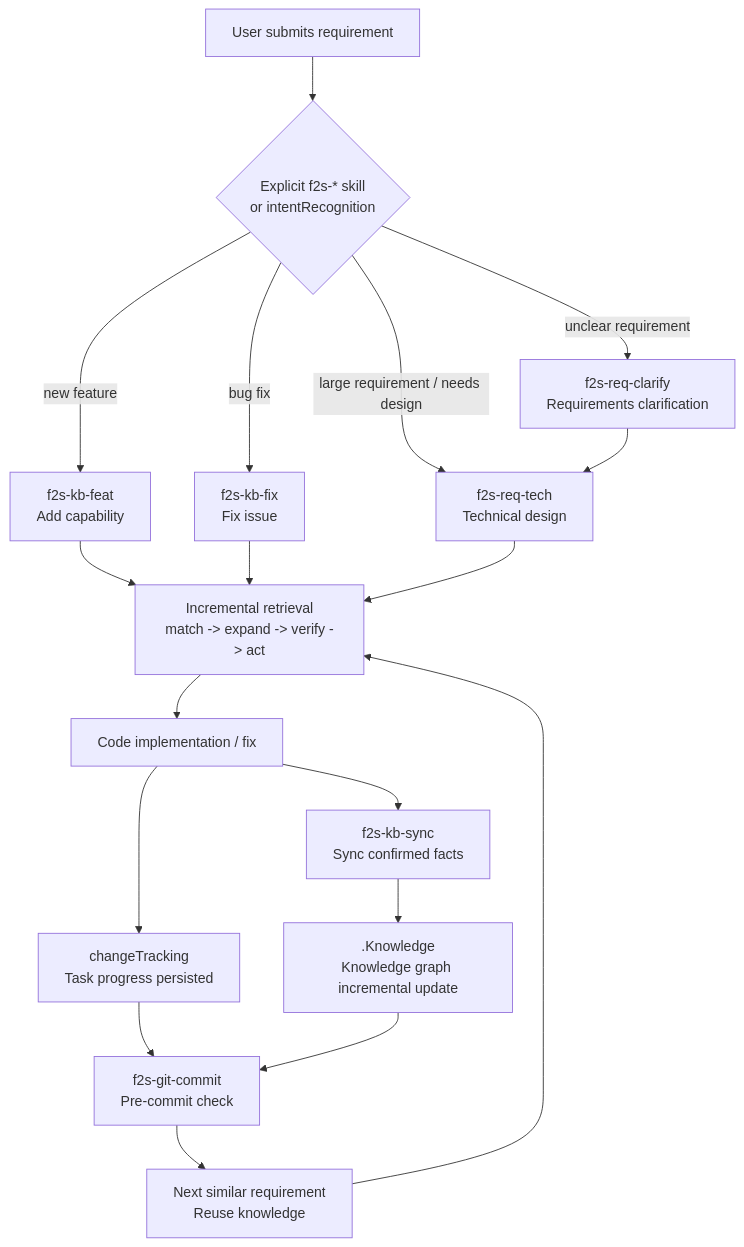
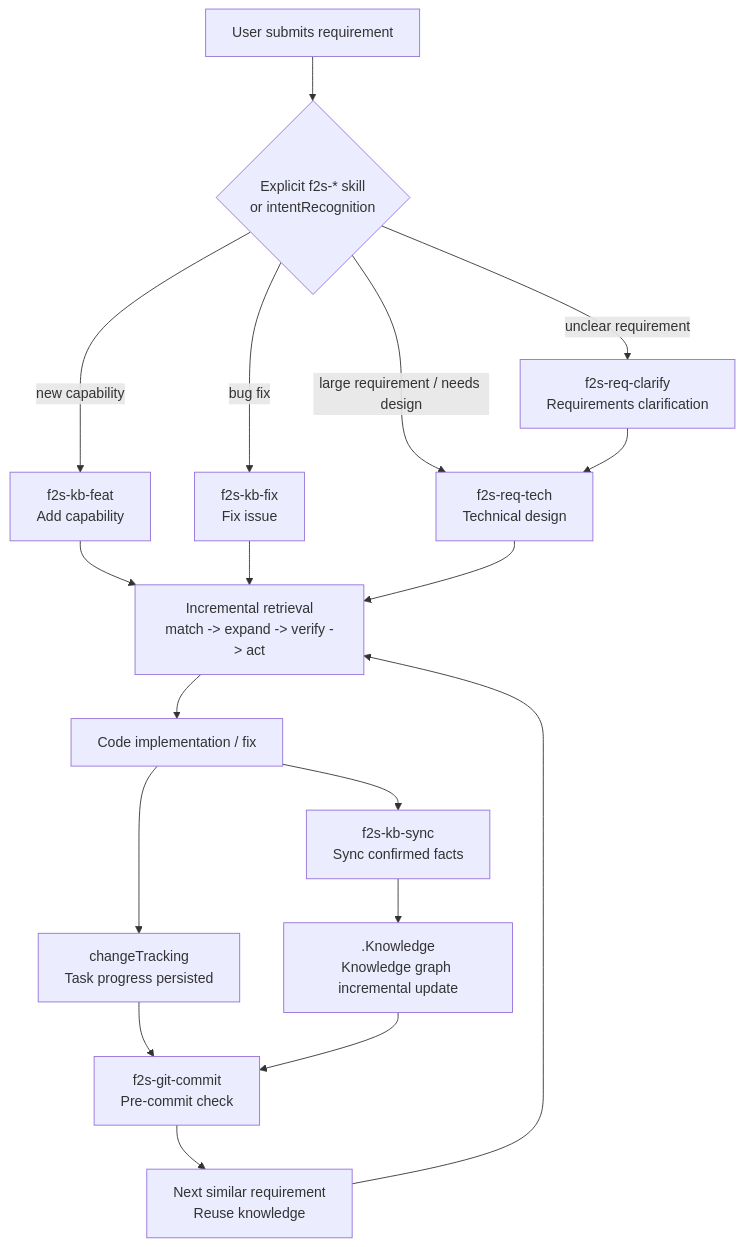
Before and after one commit to Lands-1203/Flow2Spec: the second of 4 diagrams in docs/en/Flow2Spec-Introduction.md, drawn with Mermaid. The commit also changed other lines of this file and 16 other files, not shown here.

First line of the commit message:
📚 docs(intro): 同步中英基础介绍与 16 张配图

````diff
--- a/docs/en/Flow2Spec-Introduction.md
+++ b/docs/en/Flow2Spec-Introduction.md
@@ -210,20 +220,20 @@
 ```mermaid
 flowchart TD
   A[User submits requirement] --> B{Explicit f2s-* skill<br/>or intentRecognition}
   B -->|unclear requirement| C[f2s-req-clarify<br/>Requirements clarification]
-  B -->|new feature| D[f2s-kb-feat<br/>Add capability]
+  B -->|new capability| D[f2s-kb-feat<br/>Add capability]
   B -->|bug fix| E[f2s-kb-fix<br/>Fix issue]
   B -->|large requirement / needs design| F[f2s-req-tech<br/>Technical design]
   C --> F
   D --> G[Incremental retrieval<br/>match -> expand -> verify -> act]
   E --> G
   F --> G
   G --> H[Code implementation / fix]
   H --> I[changeTracking<br/>Task progress persisted]
   H --> J[f2s-kb-sync<br/>Sync confirmed facts]
   J --> K[.Knowledge<br/>Knowledge graph incremental update]
   I --> L[f2s-git-commit<br/>Pre-commit check]
   K --> L
   L --> M[Next similar requirement<br/>Reuse knowledge]
   M --> G
 ```
````
